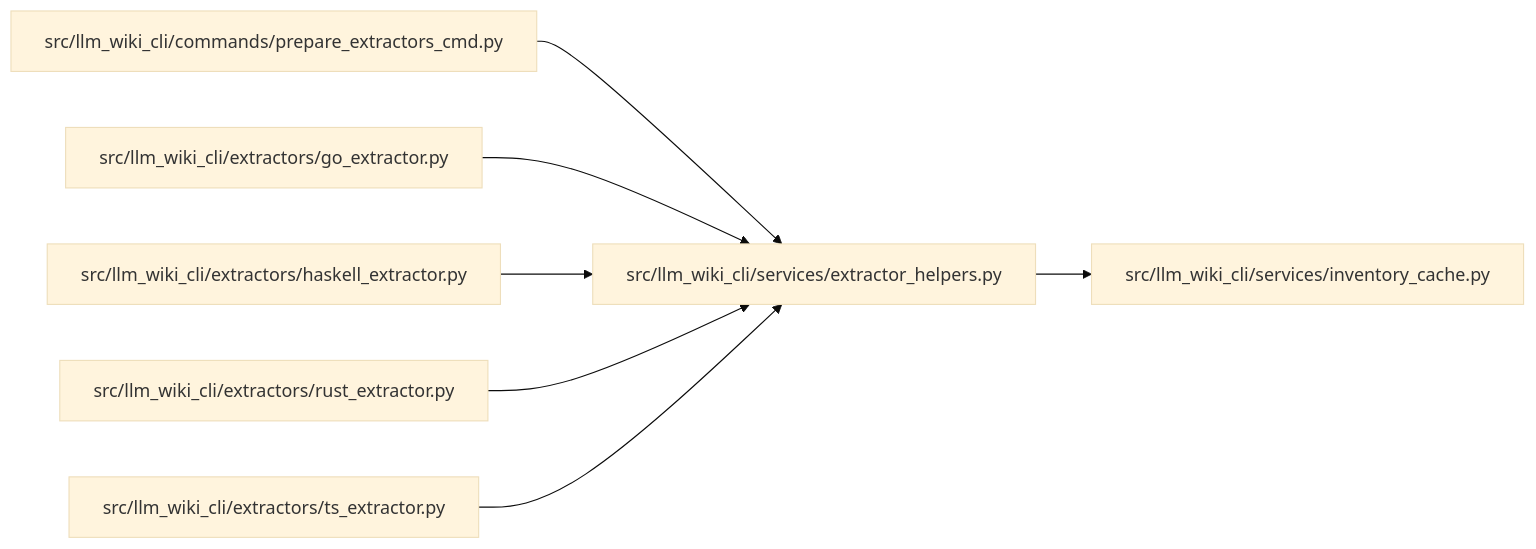
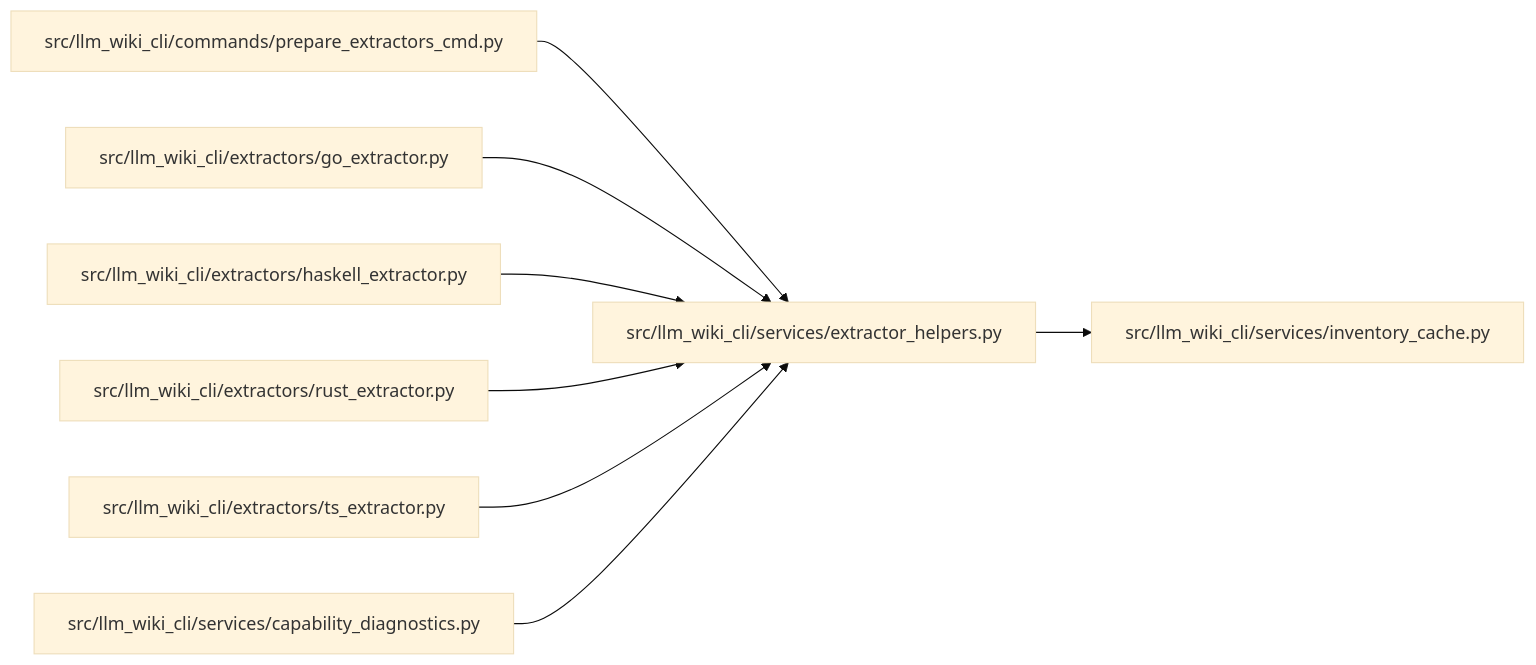
One commit to Denissvgn/python-wiki-llm changed the diagram in docs/llm_wiki/modules/extractor_helpers.md. Above: the diagram before and after it, drawn with Mermaid (base theme). The commit also changed other lines of this file and 152 other files, not shown here.

````diff
--- a/docs/llm_wiki/modules/extractor_helpers.md
+++ b/docs/llm_wiki/modules/extractor_helpers.md
@@ -30,23 +30,26 @@
 ```mermaid
 flowchart LR
     n0["src/llm_wiki_cli/commands/prepare_extractors_cmd.py"]
     n1["src/llm_wiki_cli/extractors/go_extractor.py"]
     n2["src/llm_wiki_cli/extractors/haskell_extractor.py"]
     n3["src/llm_wiki_cli/extractors/rust_extractor.py"]
     n4["src/llm_wiki_cli/extractors/ts_extractor.py"]
-    n5["src/llm_wiki_cli/services/extractor_helpers.py"]
-    n6["src/llm_wiki_cli/services/inventory_cache.py"]
-    n0 --> n5
-    n1 --> n5
-    n2 --> n5
-    n3 --> n5
-    n4 --> n5
+    n5["src/llm_wiki_cli/services/capability_diagnostics.py"]
+    n6["src/llm_wiki_cli/services/extractor_helpers.py"]
+    n7["src/llm_wiki_cli/services/inventory_cache.py"]
+    n0 --> n6
+    n1 --> n6
+    n2 --> n6
+    n3 --> n6
+    n4 --> n6
     n5 --> n6
+    n6 --> n7
     click n0 "../modules/prepare_extractors_cmd.md"
     click n1 "../modules/go_extractor.md"
     click n2 "../modules/haskell_extractor.md"
     click n3 "../modules/rust_extractor.md"
     click n4 "../modules/ts_extractor.md"
-    click n5 "../modules/extractor_helpers.md"
-    click n6 "../modules/inventory_cache.md"
+    click n5 "../modules/capability_diagnostics.md"
+    click n6 "../modules/extractor_helpers.md"
+    click n7 "../modules/inventory_cache.md"
 ```
````
